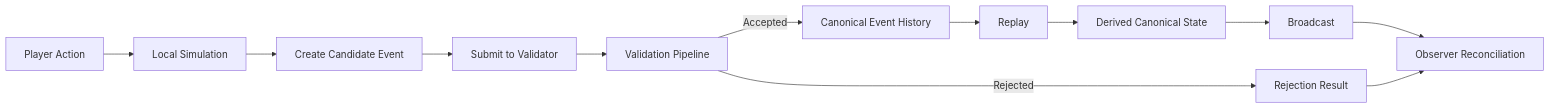
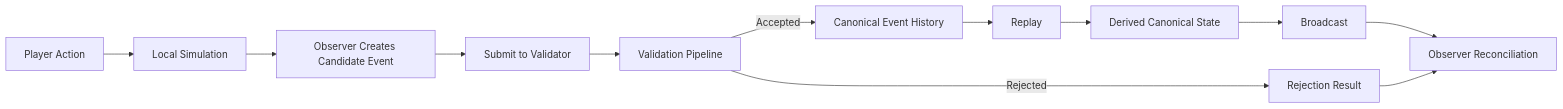
Before and after one commit to godofthunder101/crypsa-architecture: the diagram in README.md, drawn with Mermaid. The commit also changed other lines of this file, not shown here.

````diff
--- a/README.md
+++ b/README.md
@@ -152,19 +159,19 @@
 ```mermaid
 flowchart LR  
 
 A[Player Action] --> B[Local Simulation]  
-B --> C[Create Candidate Event]  
+B --> C[Observer Creates Candidate Event]  
 C --> D[Submit to Validator]  
 
 D --> E[Validation Pipeline]  
 
 E -->|Accepted| F[Canonical Event History]  
 E -->|Rejected| G[Rejection Result]  
 
 F --> H[Replay]  
 H --> I[Derived Canonical State]  
 I --> J[Broadcast]  
 
 J --> K[Observer Reconciliation]  
 G --> K
 ```
````
